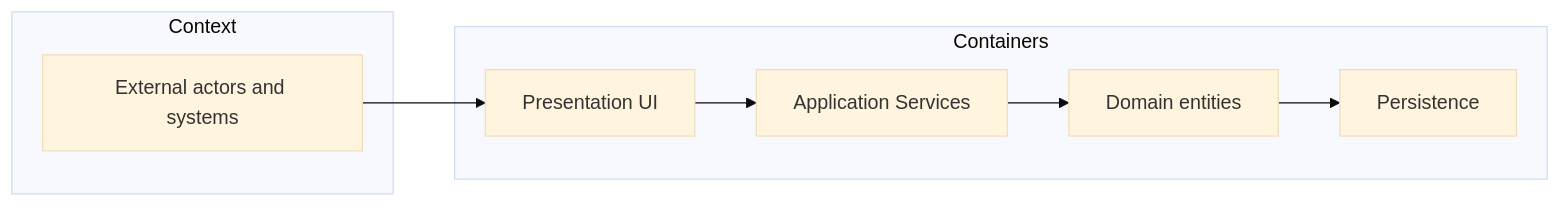
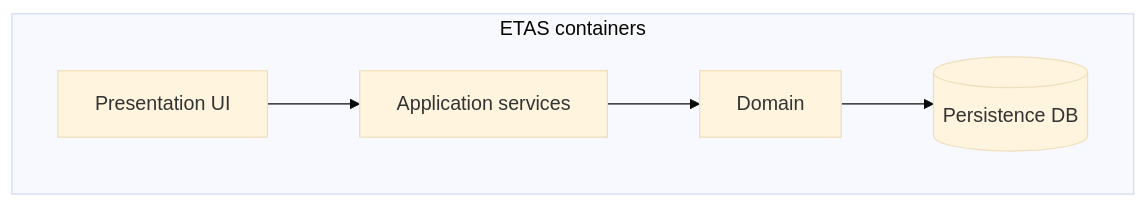
Before and after one commit to TomRathbun/ciss_se_capstone: the second of 5 diagrams in content/modules/se-05-architecture.md, drawn with Mermaid (base theme). The commit also changed other lines of this file and 1 other file, not shown here.

Commit message:
SE: strengthen se-05 diagram catalog; add se-11 MBSE/frameworks literacy module

````diff
--- a/content/modules/se-05-architecture.md
+++ b/content/modules/se-05-architecture.md
@@ -69,16 +65,12 @@
 ```mermaid
-graph LR
-    subgraph Context
-        EXT[External actors and systems]
-    end
-    subgraph Containers
-        UI[Presentation UI]
-        APP[Application Services]
-        DOM[Domain entities]
-        DB[Persistence]
-    end
-    EXT --> UI
-    UI --> APP
-    APP --> DOM
-    DOM --> DB
+flowchart TB
+  subgraph ETAS containers
+    UI[Presentation UI]
+    APP[Application services]
+    DOM[Domain]
+    DB[(Persistence DB)]
+  end
+  UI --> APP
+  APP --> DOM
+  DOM --> DB
 ```
````
